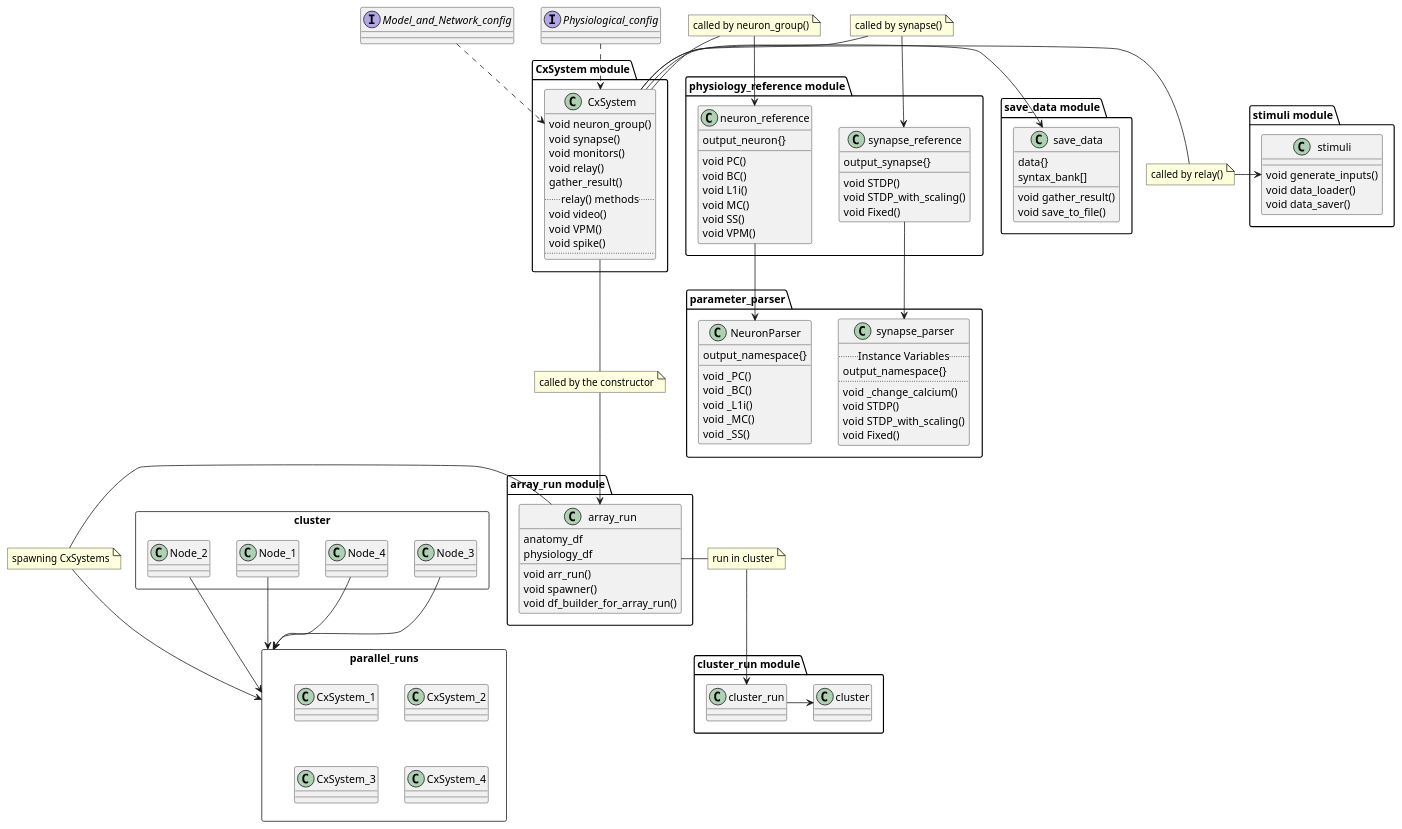
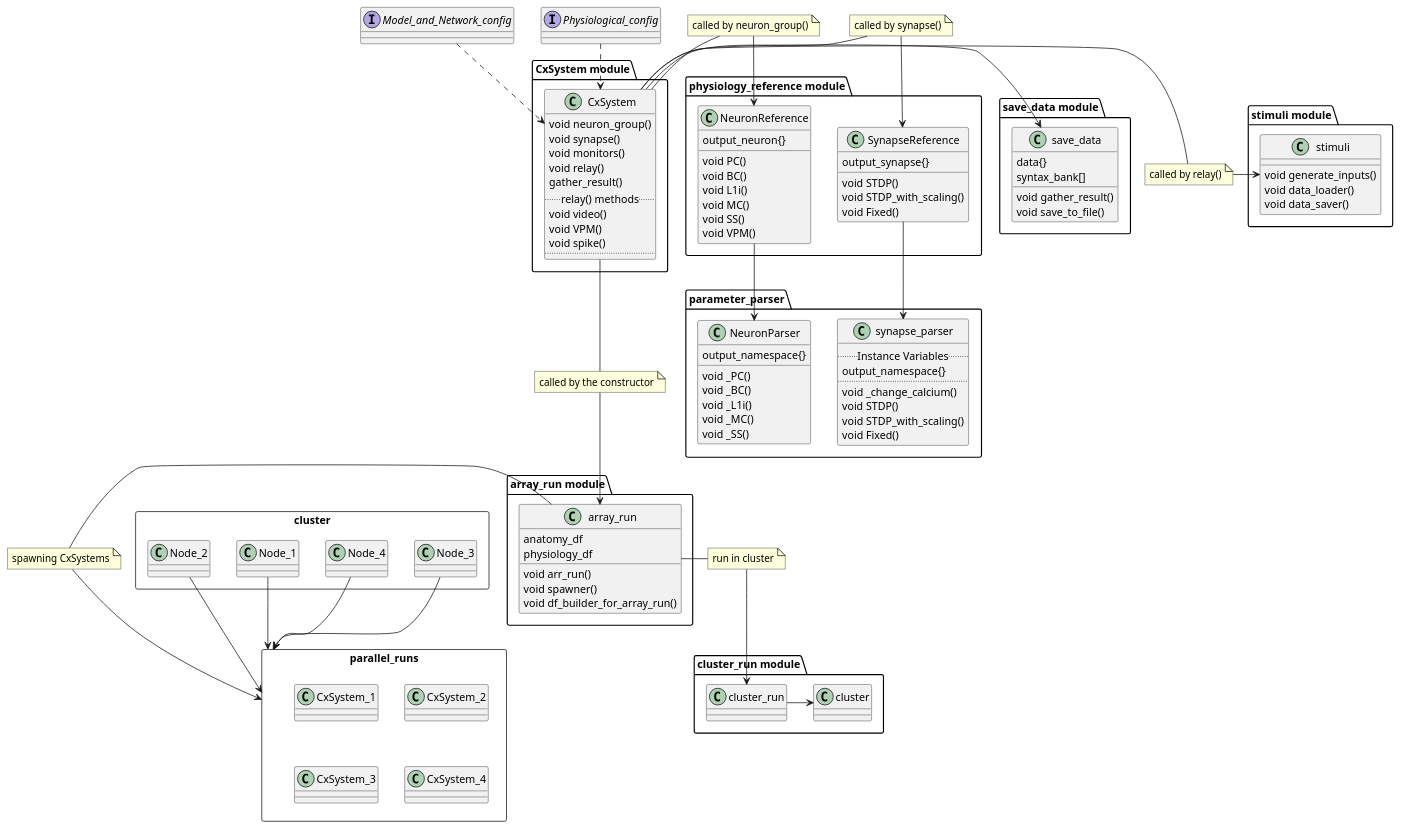
Before and after one commit to VisualNeuroscience-UH/CxSystem2: the diagram in docs/main_uml.puml, drawn with PlantUML. The commit also changed 5 other files, not shown here.

```diff
--- a/docs/main_uml.puml
+++ b/docs/main_uml.puml
@@ -1,138 +1,138 @@
 @startuml
 
 note "called by neuron_group()" as N1
 note "called by synapse()" as N2
 note "called by relay()" as N3
 note "called by the constructor" as N4
 note "spawning CxSystems" as N5
 note "run in cluster" as N6
 
 package "CxSystem module"{
 class CxSystem {
 void neuron_group()
 void synapse()
 void monitors()
 void relay()
 gather_result()
 .. relay() methods ..
 void video()
 void VPM()
 void spike()
 ..
 }
 
 }
 
 package "physiology_reference module"{
-class neuron_reference{
+class NeuronReference{
 output_neuron{}
 void PC()
 void BC()
 void L1i()
 void MC()
 void SS()
 void VPM()
 }
 
-class synapse_reference{
+class SynapseReference{
 output_synapse{}
 void STDP()
 void STDP_with_scaling()
 void Fixed()
 }
-synapse_reference <-up- N2
+SynapseReference <-up- N2
 N2 -- CxSystem
-neuron_reference <-up- N1
+NeuronReference <-up- N1
 N1 -- CxSystem
 
 }
 
 package "parameter_parser" {
 class "synapse_parser"{
 .. Instance Variables ..
 output_namespace{}
 ....
 void _change_calcium()
 void STDP()
 void STDP_with_scaling()
 void Fixed()
 }
 class "NeuronParser"{
 
 output_namespace{}
 void _PC()
 void _BC()
 void _L1i()
 void _MC()
 void _SS()
 }
-NeuronParser <-up- neuron_reference
-synapse_parser <-up- synapse_reference
+NeuronParser <-up- NeuronReference
+synapse_parser <-up- SynapseReference
 }
 
 package "save_data module"{
 class save_data {
 data{}
 syntax_bank[]
 void gather_result()
 void save_to_file()
 }
 CxSystem-left->save_data
 }
 package "stimuli module" {
 class stimuli {
 void generate_inputs()
 void data_loader()
 void data_saver()
 }
 CxSystem-right-N3
 N3-right->stimuli
 }
 
 
 package parallel_runs <<Rectangle>>  {
     class CxSystem_1
     class CxSystem_2
     class CxSystem_3
     class CxSystem_4
 
 
 }
 package "array_run module" {
 class array_run{
 anatomy_df
 physiology_df
 void arr_run()
 void spawner()
 void df_builder_for_array_run()
 }
 CxSystem-down-N4
 N4-down->array_run
 array_run-left-N5
 N5 -down-> parallel_runs
 }
 package "cluster_run module" {
 class cluster_run{
 }
 array_run-right-N6
 N6-down->cluster_run
 cluster_run->cluster
 }
 
 package cluster <<Rectangle>>  {
     class Node_1
     class Node_2
     class Node_3
     class Node_4
 Node_1-down->parallel_runs
 Node_2-down->parallel_runs
 Node_3-down->parallel_runs
 Node_4-down->parallel_runs
 }
 
 
 interface Model_and_Network_config
 interface Physiological_config
 Physiological_config ..> CxSystem
 Model_and_Network_config ..> CxSystem
 @enduml
```
